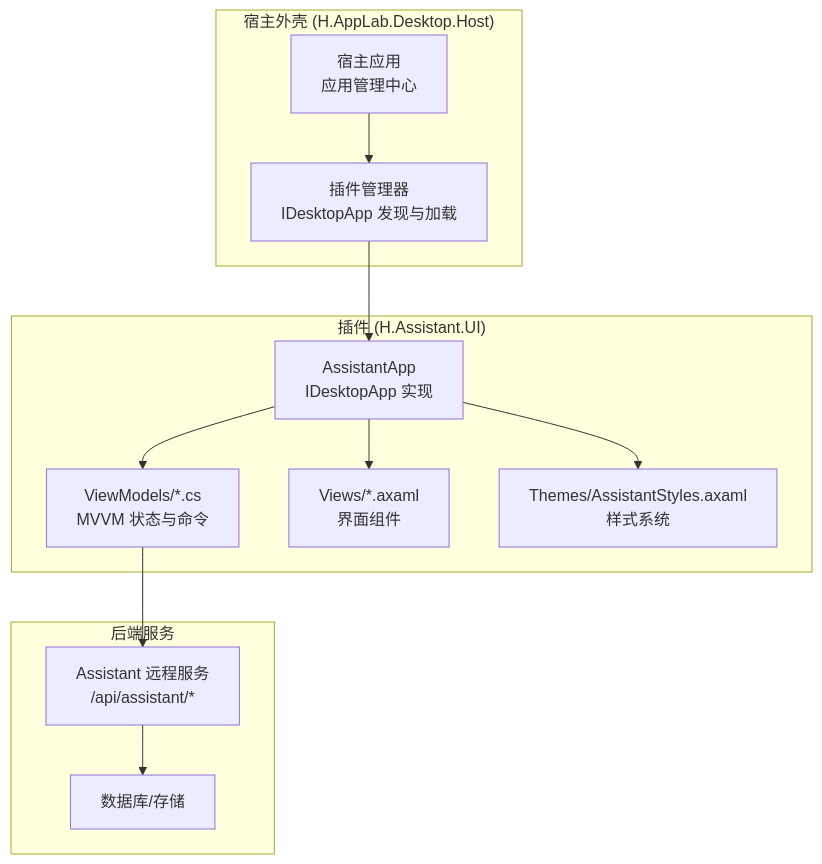
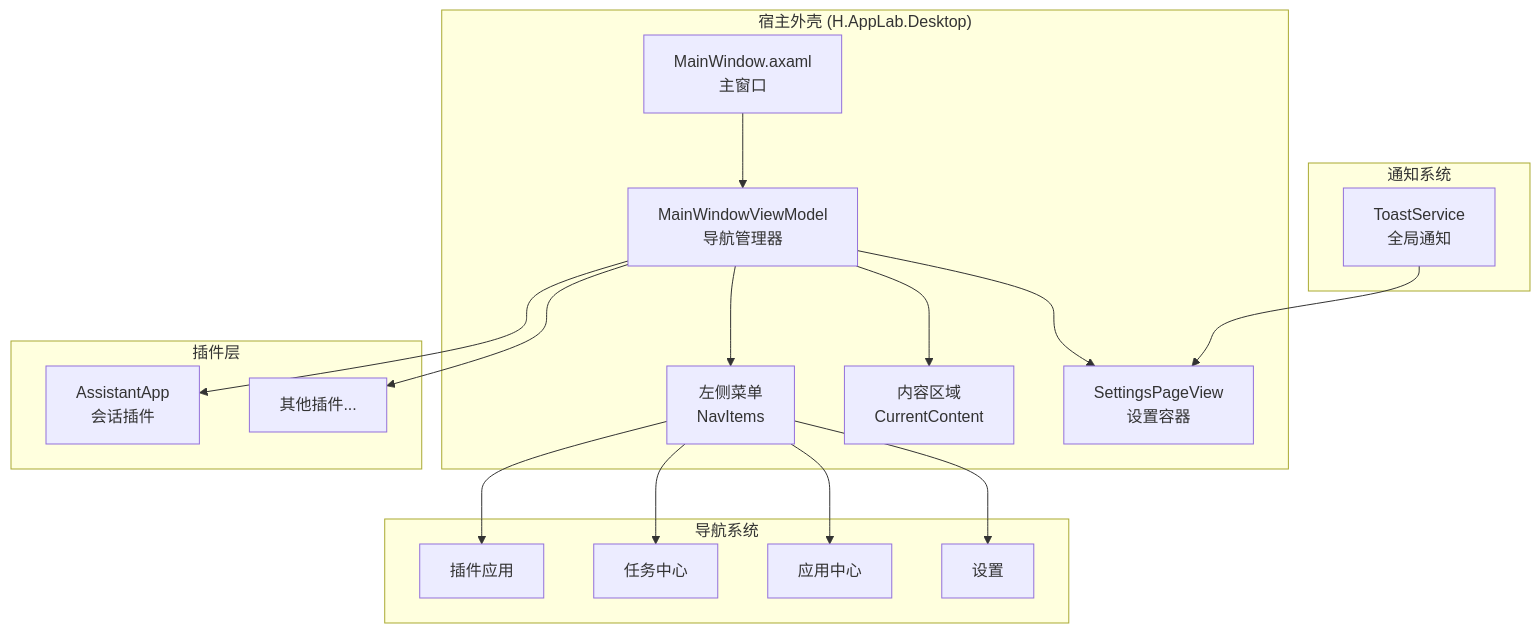
Before and after one commit to openlowcodelab/lowcode: the second of 10 diagrams in .qoder/repowiki/zh/content/AI助手服务/桌面端应用/桌面端应用.md, drawn with Mermaid. The commit also changed other lines of this file and 118 other files, not shown here.

````diff
--- a/.qoder/repowiki/zh/content/AI助手服务/桌面端应用/桌面端应用.md
+++ b/.qoder/repowiki/zh/content/AI助手服务/桌面端应用/桌面端应用.md
@@ -111,24 +107,24 @@
 ```mermaid
 graph TB
-subgraph "宿主外壳 (H.AppLab.Desktop.Host)"
-Host["宿主应用<br/>应用管理中心"]
-Plugins["插件管理器<br/>IDesktopApp 发现与加载"]
+subgraph "宿主外壳 (H.AppLab.Desktop)"
+MainWindow["MainWindow.axaml<br/>主窗口"] --> MainWindowVM["MainWindowViewModel<br/>导航管理器"]
+MainWindowVM --> LeftMenu["左侧菜单<br/>NavItems"]
+MainWindowVM --> ContentArea["内容区域<br/>CurrentContent"]
+MainWindowVM --> SettingsPage["SettingsPageView<br/>设置容器"]
 end
-subgraph "插件 (H.Assistant.UI)"
-Plugin["AssistantApp<br/>IDesktopApp 实现"]
-VM["ViewModels/*.cs<br/>MVVM 状态与命令"]
-UI["Views/*.axaml<br/>界面组件"]
-Styles["Themes/AssistantStyles.axaml<br/>样式系统"]
+subgraph "导航系统"
+LeftMenu --> Apps["插件应用"]
+LeftMenu --> Tasks["任务中心"]
+LeftMenu --> AppsCenter["应用中心"]
+LeftMenu --> Settings["设置"]
 end
-subgraph "后端服务"
-API["Assistant 远程服务<br/>/api/assistant/*"]
-DB["数据库/存储"]
+subgraph "通知系统"
+ToastService["ToastService<br/>全局通知"] --> SettingsPage
 end
-Host --> Plugins
-Plugins --> Plugin
-Plugin --> VM
-Plugin --> UI
-Plugin --> Styles
-VM --> API
-API --> DB
+subgraph "插件层"
+Plugin1["AssistantApp<br/>会话插件"]
+Plugin2["其他插件..."]
+end
+MainWindowVM --> Plugin1
+MainWindowVM --> Plugin2
 ```
````
